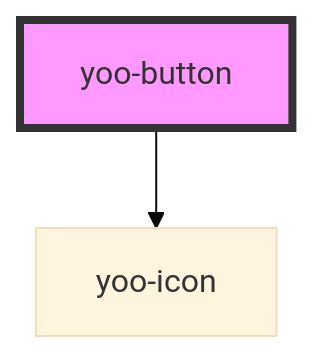
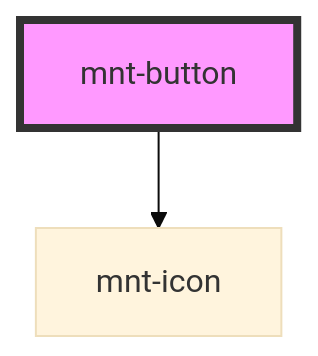
The diagram in src/components/button/readme.md (yooga-tecnologia/mantra), drawn with Mermaid (base theme) before and after one commit. The commit also changed other lines of this file and 11 other files, not shown here.

````diff
--- a/src/components/button/readme.md
+++ b/src/components/button/readme.md
@@ -44,5 +44,5 @@
 ```mermaid
 graph TD;
-  yoo-button --> yoo-icon
-  style yoo-button fill:#f9f,stroke:#333,stroke-width:4px
+  mnt-button --> mnt-icon
+  style mnt-button fill:#f9f,stroke:#333,stroke-width:4px
 ```
````
